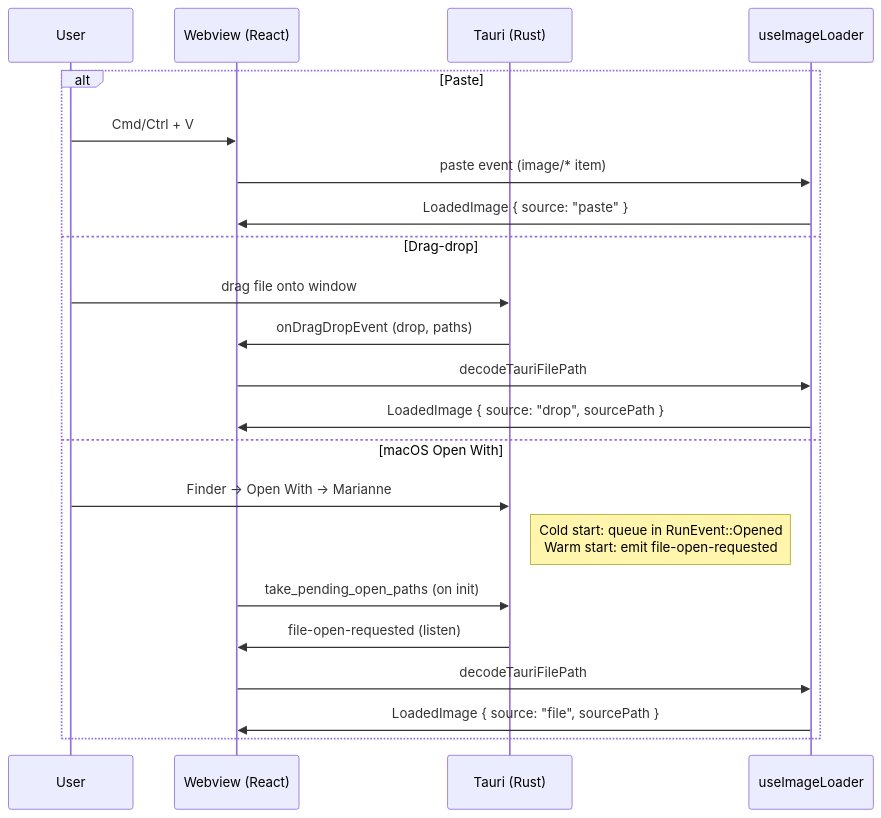
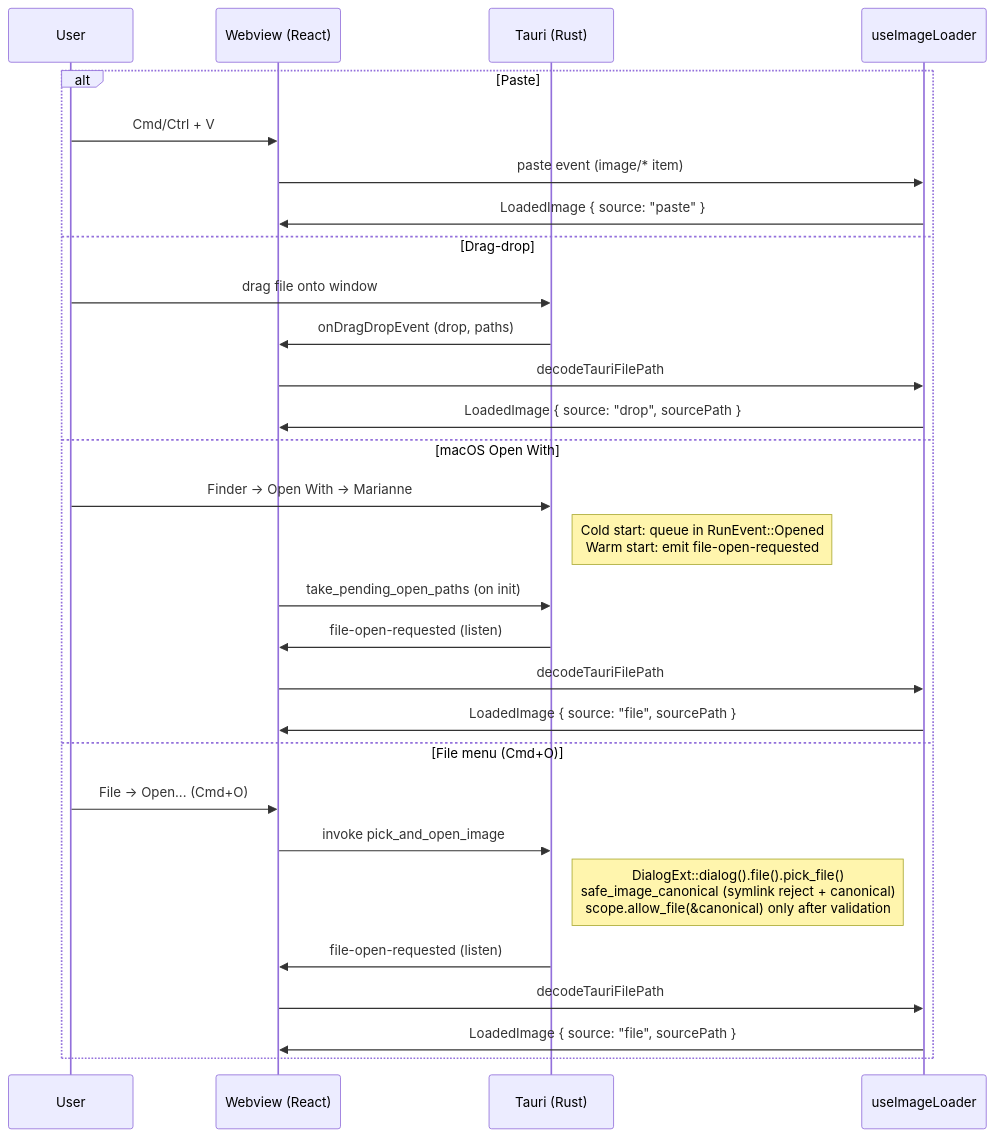
The fourth of 5 diagrams in site/src/content/docs/architecture.mdx (takecy/marianne), drawn with Mermaid before and after one commit. The commit also changed other lines of this file and 62 other files, not shown here.

````diff
--- a/site/src/content/docs/architecture.mdx
+++ b/site/src/content/docs/architecture.mdx
@@ -115,25 +118,32 @@
 ```mermaid
 sequenceDiagram
   participant User
   participant Webview as Webview (React)
   participant Rust as Tauri (Rust)
   participant Loader as useImageLoader
 
   alt Paste
     User->>Webview: Cmd/Ctrl + V
     Webview->>Loader: paste event (image/* item)
     Loader->>Webview: LoadedImage { source: "paste" }
   else Drag-drop
     User->>Rust: drag file onto window
     Rust->>Webview: onDragDropEvent (drop, paths)
     Webview->>Loader: decodeTauriFilePath
     Loader->>Webview: LoadedImage { source: "drop", sourcePath }
   else macOS Open With
     User->>Rust: Finder → Open With → Marianne
     Note right of Rust: Cold start: queue in RunEvent::Opened<br/>Warm start: emit file-open-requested
     Webview->>Rust: take_pending_open_paths (on init)
     Rust->>Webview: file-open-requested (listen)
     Webview->>Loader: decodeTauriFilePath
     Loader->>Webview: LoadedImage { source: "file", sourcePath }
+  else File menu (Cmd+O)
+    User->>Webview: File → Open... (Cmd+O)
+    Webview->>Rust: invoke pick_and_open_image
+    Note right of Rust: DialogExt::dialog().file().pick_file()<br/>safe_image_canonical (symlink reject + canonical)<br/>scope.allow_file(&canonical) only after validation
+    Rust->>Webview: file-open-requested (listen)
+    Webview->>Loader: decodeTauriFilePath
+    Loader->>Webview: LoadedImage { source: "file", sourcePath }
   end
 ```
````
